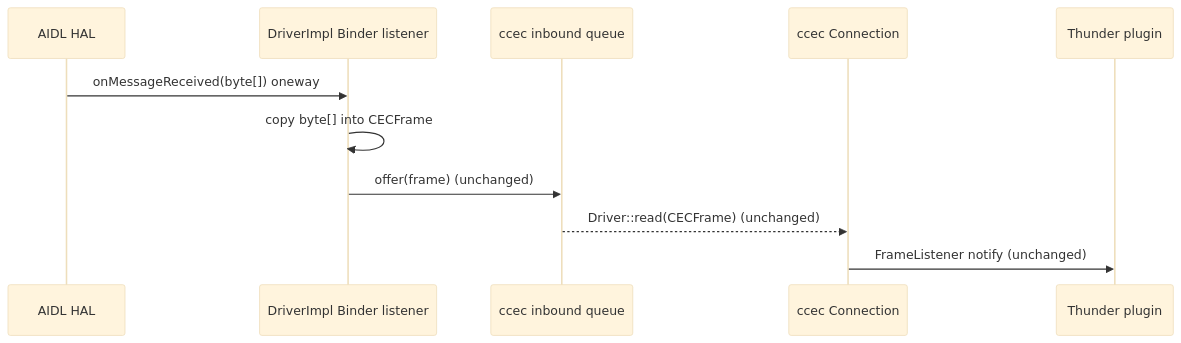
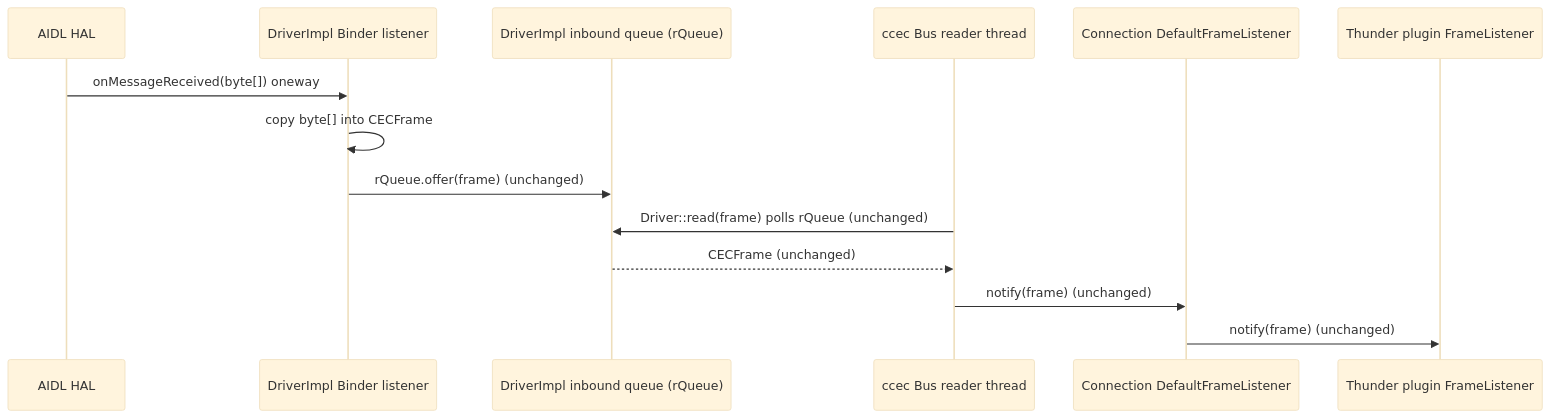
One commit to Blitzy-Sky/rdk-halif-aidl changed the third of 3 diagrams in hdmicec/current/docs/migration_mapping.md. Above: the diagram before and after it, drawn with Mermaid (base theme). The commit also changed other lines of this file, not shown here.

````diff
--- a/hdmicec/current/docs/migration_mapping.md
+++ b/hdmicec/current/docs/migration_mapping.md
@@ -346,13 +427,16 @@
 ```mermaid
 sequenceDiagram
     participant HAL as AIDL HAL
     participant LS as DriverImpl Binder listener
-    participant Q as ccec inbound queue
-    participant CN as ccec Connection
-    participant PL as Thunder plugin
+    participant Q as DriverImpl inbound queue (rQueue)
+    participant RD as ccec Bus reader thread
+    participant CN as Connection DefaultFrameListener
+    participant PL as Thunder plugin FrameListener
     HAL->>LS: onMessageReceived(byte[]) oneway
     LS->>LS: copy byte[] into CECFrame
-    LS->>Q: offer(frame) (unchanged)
-    Q-->>CN: Driver::read(CECFrame) (unchanged)
-    CN->>PL: FrameListener notify (unchanged)
+    LS->>Q: rQueue.offer(frame) (unchanged)
+    RD->>Q: Driver::read(frame) polls rQueue (unchanged)
+    Q-->>RD: CECFrame (unchanged)
+    RD->>CN: notify(frame) (unchanged)
+    CN->>PL: notify(frame) (unchanged)
 ```
````
